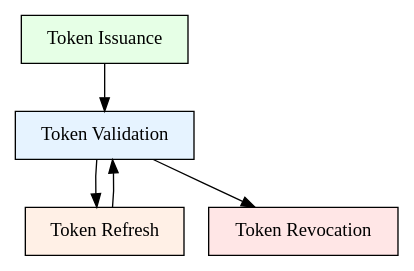
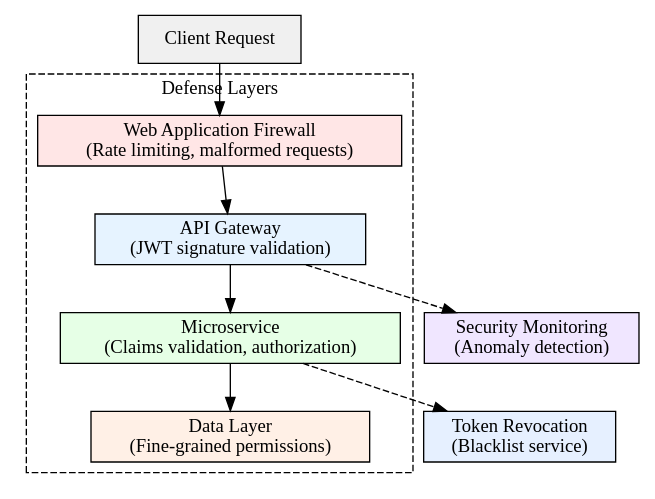
Before and after one commit to aygp-dr/jwt-paradigms: the third of 4 diagrams in presentation.org, drawn with Graphviz. The commit also changed other lines of this file and 1 other file, not shown here.

First line of the commit message:
refactor(presentation): transform to security-first JWT validation guide

```diff
--- a/presentation.org
+++ b/presentation.org
@@ -309,14 +470,26 @@
-#+BEGIN_SRC dot :file images/token-lifecycle.png :cmdline -Kdot -Tpng
+#+BEGIN_SRC dot :file images/defense-in-depth.png :cmdline -Kdot -Tpng
 digraph {
-  node [shape=box, style=filled, fillcolor="#f5f5f5"];
-  edge [fontname="Arial"];
+  rankdir=TB;
+  node [shape=box, style=filled];
   
-  issue [label="Token Issuance", fillcolor="#e6ffe6"];
-  validate [label="Token Validation", fillcolor="#e6f3ff"];
-  refresh [label="Token Refresh", fillcolor="#fff0e6"];
-  revoke [label="Token Revocation", fillcolor="#ffe6e6"];
+  subgraph cluster_layers {
+    label="Defense Layers";
+    style=dashed;
+    
+    waf [label="Web Application Firewall\n(Rate limiting, malformed requests)", fillcolor="#ffe6e6"];
+    gateway [label="API Gateway\n(JWT signature validation)", fillcolor="#e6f3ff"];
+    service [label="Microservice\n(Claims validation, authorization)", fillcolor="#e6ffe6"];
+    data [label="Data Layer\n(Fine-grained permissions)", fillcolor="#fff0e6"];
+  }
   
-  issue -> validate -> refresh -> validate;
-  validate -> revoke;
+  client [label="Client Request", fillcolor="#f0f0f0"];
+  
+  client -> waf -> gateway -> service -> data;
+  
+  monitoring [label="Security Monitoring\n(Anomaly detection)", fillcolor="#f0e6ff"];
+  revocation [label="Token Revocation\n(Blacklist service)", fillcolor="#e6f0ff"];
+  
+  gateway -> monitoring [style=dashed];
+  service -> revocation [style=dashed];
 }
 #+END_SRC
```
